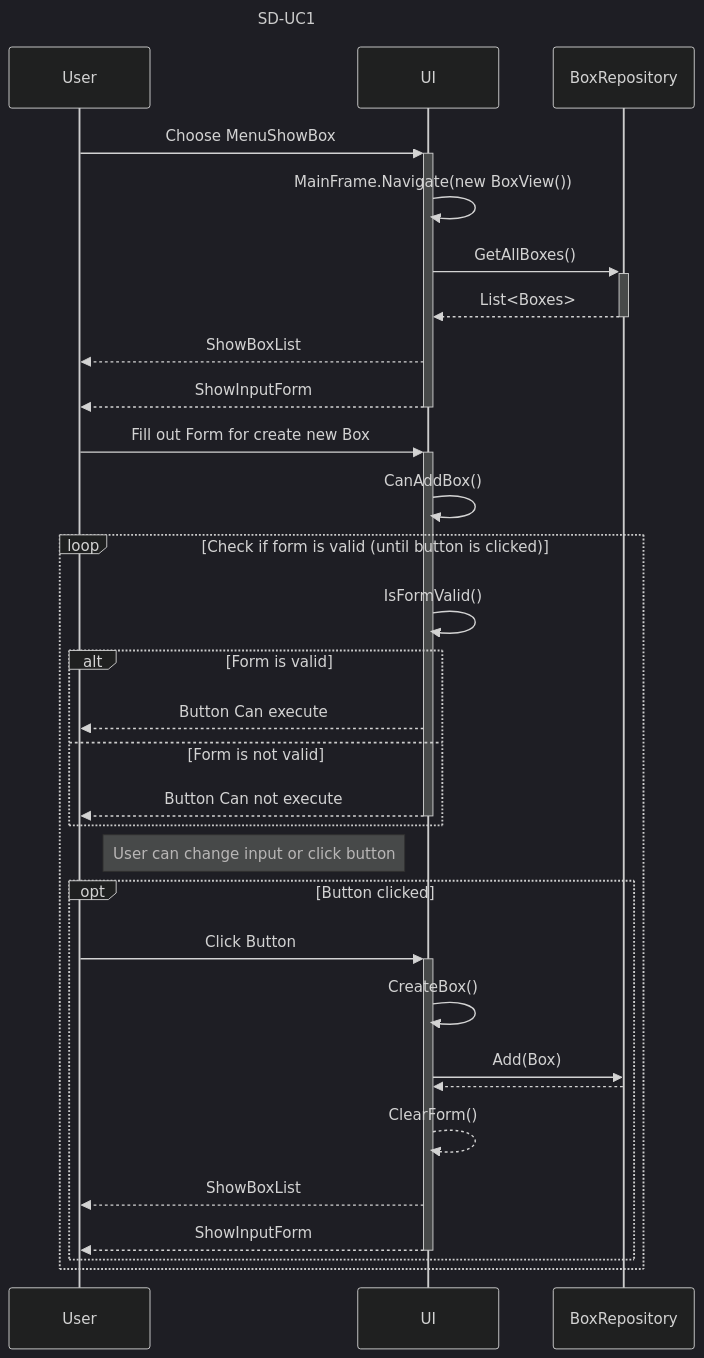
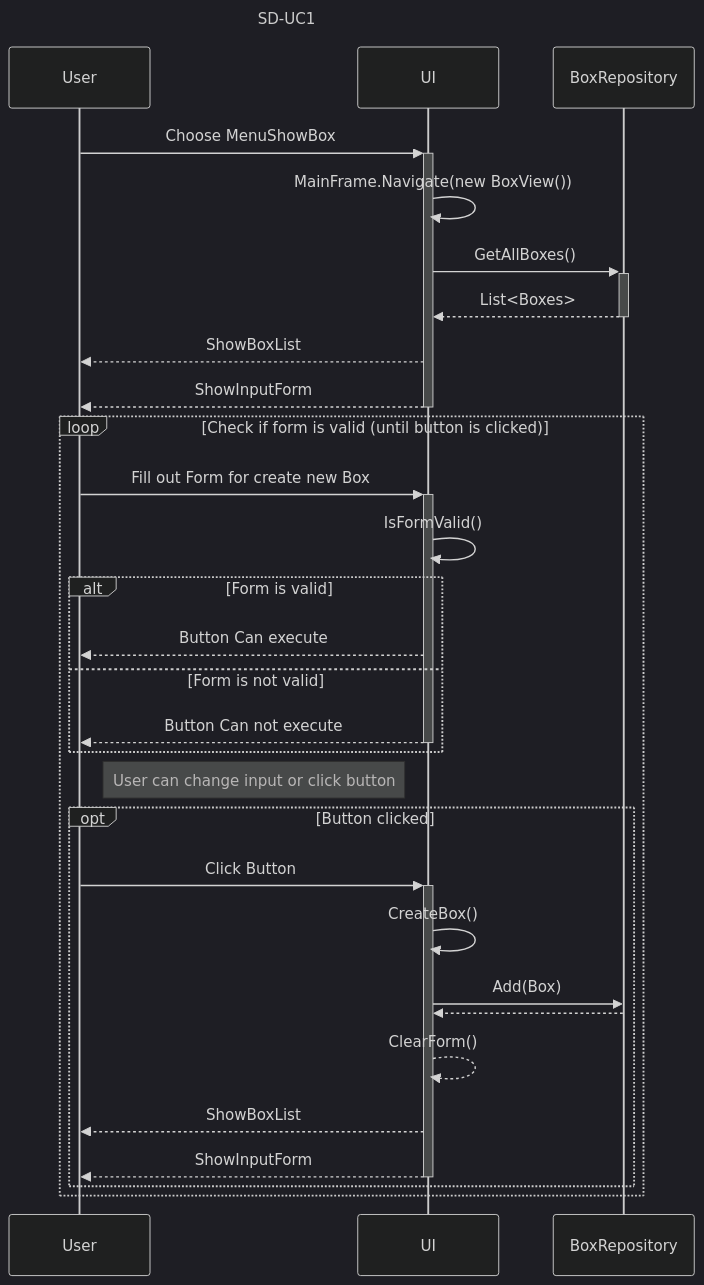
The diagram in documentation/SD-UC1.mmd (DMOoF25-Team-11-2/GettingReal), drawn with Mermaid before and after one commit.

```diff
--- a/documentation/SD-UC1.mmd
+++ b/documentation/SD-UC1.mmd
@@ -1,43 +1,42 @@
 ---
 config:
   theme: dark
   look: classic
   layout: dagre
 title: SD-UC1
 description: |
   Sekvensdiagram for UC1 - Opret kasse
   Brugeren vælger "Opret kasse" fra kasse-menuen og indtaster kassenummer pg evt beskrivelse af kassen.
   Systemet returnerer til kasse-menuen.
   Kassen oprettes i systemet.
 ---
 sequenceDiagram
     participant User
     participant UI
     participant BoxRepository
 
     User->>+UI: Choose MenuShowBox
     UI->>UI: MainFrame.Navigate(new BoxView())
     UI->>+BoxRepository: GetAllBoxes()
     BoxRepository-->>-UI: List<Boxes>
     UI-->>User: ShowBoxList
     UI-->>-User: ShowInputForm
+    loop Check if form is valid (until button is clicked)
     User->>+UI: Fill out Form for create new Box
-    UI->>UI: CanAddBox()
-    loop Check if form is valid (until button is clicked)
         UI->>UI: IsFormValid()
         alt Form is valid
             UI-->>User: Button Can execute
         else Form is not valid
             UI-->>-User: Button Can not execute
         end
         note right of User: User can change input or click button
         opt Button clicked
              User->>+UI: Click Button
             UI->>UI: CreateBox()
             UI->>BoxRepository: Add(Box)
             BoxRepository-->>UI: 
             UI-->>UI: ClearForm()
             UI-->>User: ShowBoxList
             UI-->>-User: ShowInputForm
         end
     end
```
